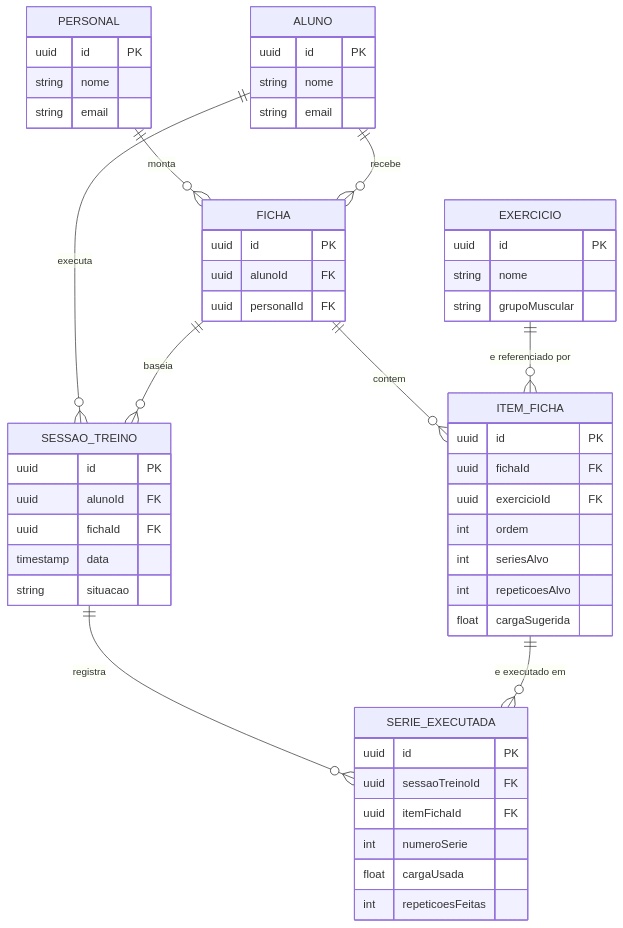
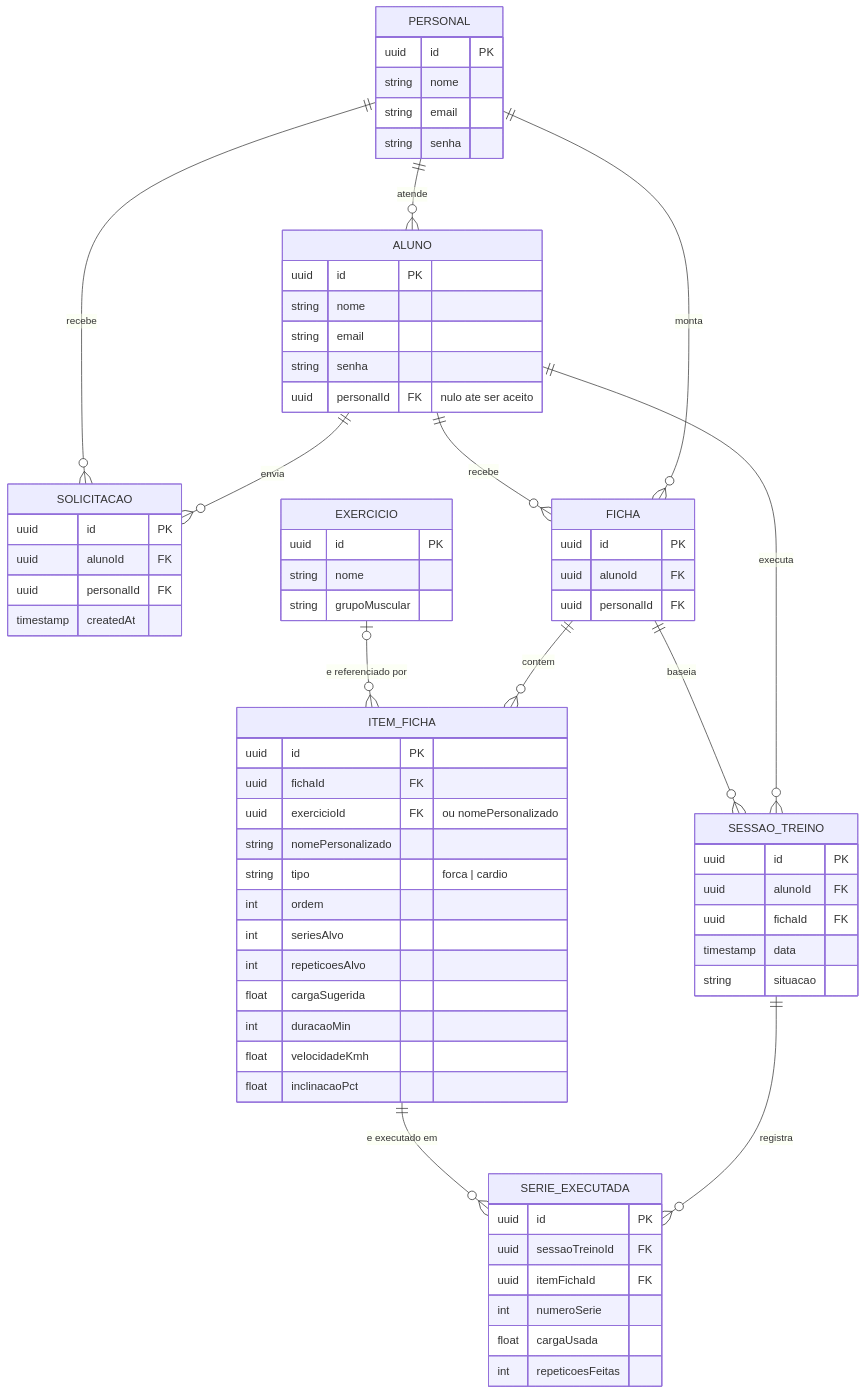
The first of 2 diagrams in docs/prd.md (ArthurMunhon/trabalho-final-treino-progressivo), drawn with Mermaid before and after one commit. The commit also changed other lines of this file and 4 other files, not shown here.

````diff
--- a/docs/prd.md
+++ b/docs/prd.md
@@ -137,56 +154,73 @@
 ```mermaid
 erDiagram
   PERSONAL {
     uuid id PK
     string nome
     string email
+    string senha
   }
   ALUNO {
     uuid id PK
     string nome
     string email
+    string senha
+    uuid personalId FK "nulo ate ser aceito"
+  }
+  SOLICITACAO {
+    uuid id PK
+    uuid alunoId FK
+    uuid personalId FK
+    timestamp createdAt
   }
   FICHA {
     uuid id PK
     uuid alunoId FK
     uuid personalId FK
   }
   ITEM_FICHA {
     uuid id PK
     uuid fichaId FK
-    uuid exercicioId FK
+    uuid exercicioId FK "ou nomePersonalizado"
+    string nomePersonalizado
+    string tipo "forca | cardio"
     int ordem
     int seriesAlvo
     int repeticoesAlvo
     float cargaSugerida
+    int duracaoMin
+    float velocidadeKmh
+    float inclinacaoPct
   }
   EXERCICIO {
     uuid id PK
     string nome
     string grupoMuscular
   }
   SESSAO_TREINO {
     uuid id PK
     uuid alunoId FK
     uuid fichaId FK
     timestamp data
     string situacao
   }
   SERIE_EXECUTADA {
     uuid id PK
     uuid sessaoTreinoId FK
     uuid itemFichaId FK
     int numeroSerie
     float cargaUsada
     int repeticoesFeitas
   }
 
+  PERSONAL ||--o{ ALUNO : "atende"
+  ALUNO ||--o{ SOLICITACAO : "envia"
+  PERSONAL ||--o{ SOLICITACAO : "recebe"
   PERSONAL ||--o{ FICHA : "monta"
   ALUNO ||--o{ FICHA : "recebe"
   FICHA ||--o{ ITEM_FICHA : "contem"
-  EXERCICIO ||--o{ ITEM_FICHA : "e referenciado por"
+  EXERCICIO |o--o{ ITEM_FICHA : "e referenciado por"
   ALUNO ||--o{ SESSAO_TREINO : "executa"
   FICHA ||--o{ SESSAO_TREINO : "baseia"
   SESSAO_TREINO ||--o{ SERIE_EXECUTADA : "registra"
   ITEM_FICHA ||--o{ SERIE_EXECUTADA : "e executado em"
 ```
````
